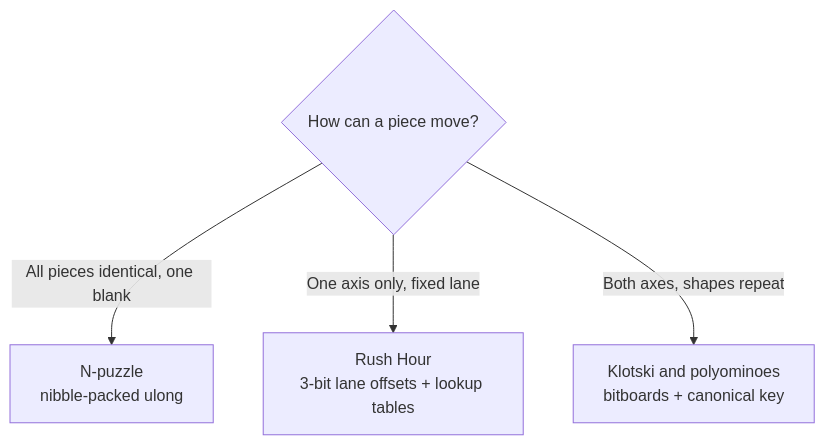
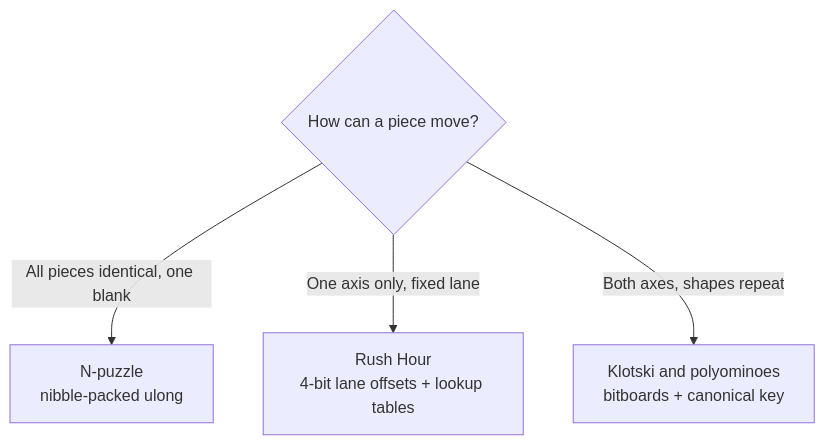
The diagram in docs/01-representations.md (th3snark/E2e4.SlidingBlock.Logic), drawn with Mermaid before and after one commit. The commit also changed other lines of this file and 18 other files, not shown here.

First line of the commit message:
Add lane-sliding and Soko push domains; rebuild Rush Hour on the lane domain

````diff
--- a/docs/01-representations.md
+++ b/docs/01-representations.md
@@ -7,7 +7,7 @@
 ```mermaid
 flowchart TD
     Q{How can a piece move?}
     Q -->|All pieces identical, one blank| N[N-puzzle<br/>nibble-packed ulong]
-    Q -->|One axis only, fixed lane| R[Rush Hour<br/>3-bit lane offsets + lookup tables]
+    Q -->|One axis only, fixed lane| R[Rush Hour<br/>4-bit lane offsets + lookup tables]
     Q -->|Both axes, shapes repeat| K[Klotski and polyominoes<br/>bitboards + canonical key]
 ```
````
